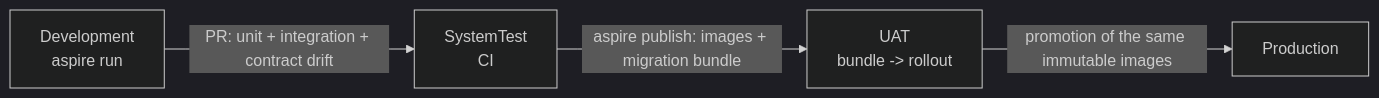
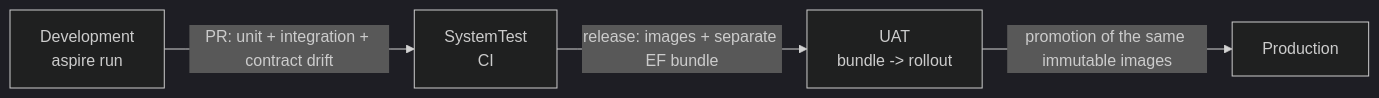
Diagram 11 of 12 in docs/SYSTEM_DESIGN.md (kylesmile1103/keyloop-service-scheduler), drawn with Mermaid (dark theme) before and after one commit. The commit also changed other lines of this file and 10 other files, not shown here.

````diff
--- a/docs/SYSTEM_DESIGN.md
+++ b/docs/SYSTEM_DESIGN.md
@@ -996,6 +996,6 @@
 ```mermaid
 flowchart LR
     DEV["Development<br/>aspire run"] -->|PR: unit + integration + contract drift| ST["SystemTest<br/>CI"]
-    ST -->|aspire publish: images + migration bundle| UAT["UAT<br/>bundle -> rollout"]
+    ST -->|release: images + separate EF bundle| UAT["UAT<br/>bundle -> rollout"]
     UAT -->|promotion of the same immutable images| PROD["Production"]
 ```
````
